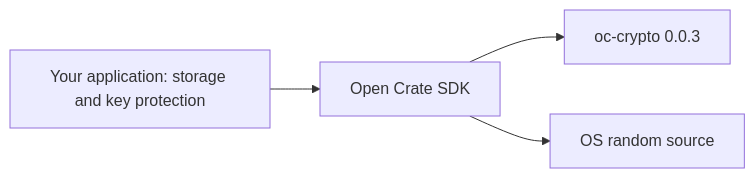
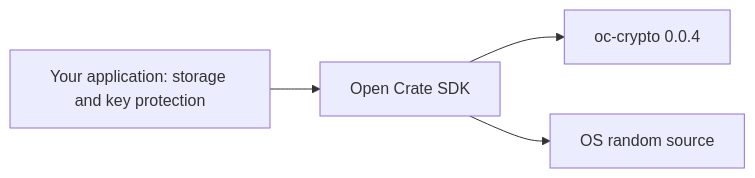
The diagram in docs/architecture.md (AlexiAxAxA/OpenCrateSDK), drawn with Mermaid before and after one commit. The commit also changed other lines of this file and 7 other files, not shown here.

Commit message:
Release SDK 0.0.4 against strict registry crypto guards

````diff
--- a/docs/architecture.md
+++ b/docs/architecture.md
@@ -15,6 +15,6 @@
 ```mermaid
 flowchart LR
   App[Your application: storage and key protection] --> SDK[Open Crate SDK]
-  SDK --> Core[oc-crypto 0.0.3]
+  SDK --> Core[oc-crypto 0.0.4]
   SDK --> OS[OS random source]
 ```
````
